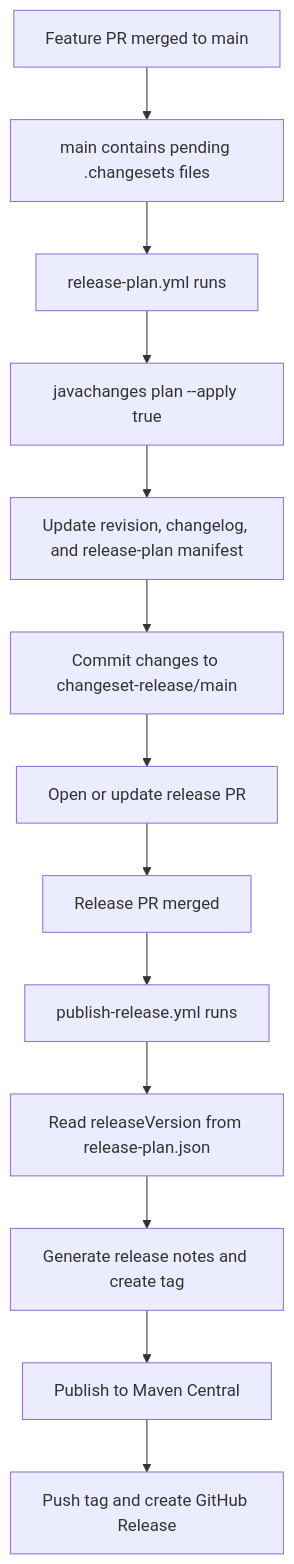
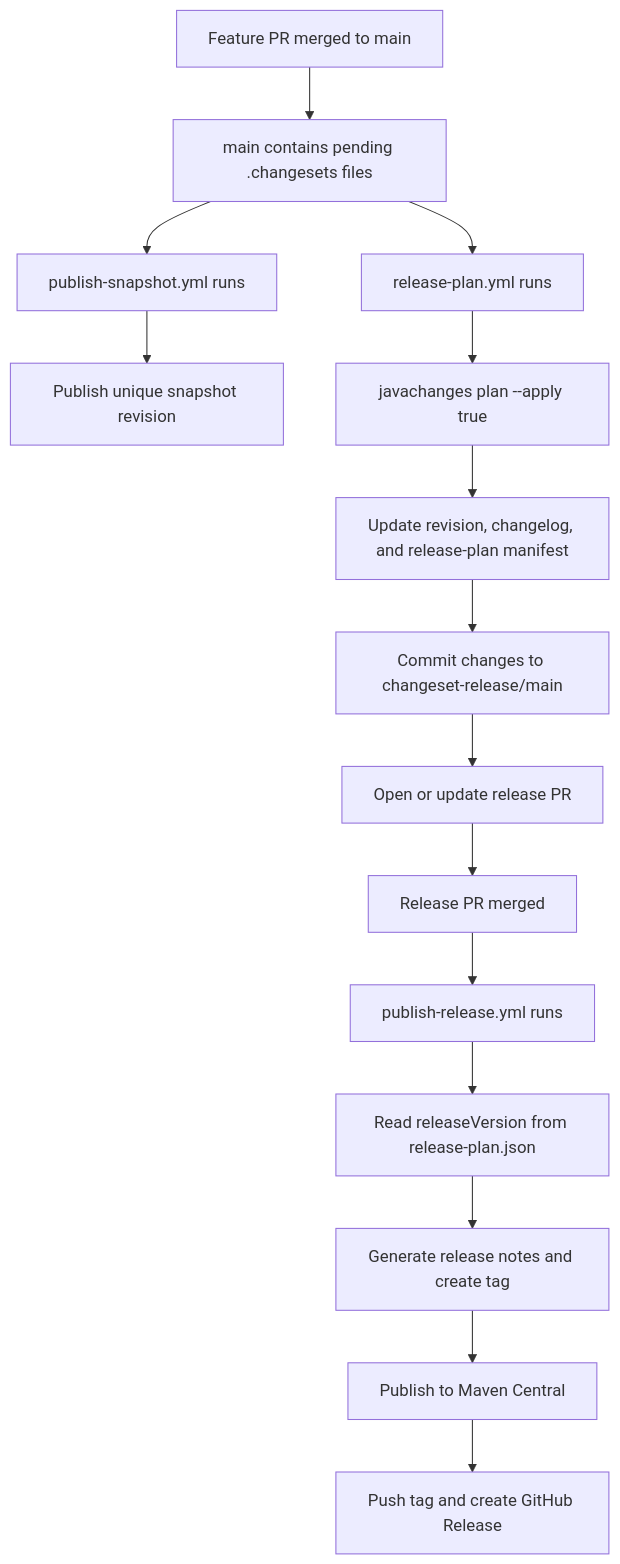
One commit to sonofmagic/javachanges changed the diagram in docs/github-actions-release.md. Above: the diagram before and after it, drawn with Mermaid. The commit also changed other lines of this file and 18 other files, not shown here.

````diff
--- a/docs/github-actions-release.md
+++ b/docs/github-actions-release.md
@@ -20,15 +21,17 @@
 ```mermaid
 flowchart TD
   A[Feature PR merged to main] --> B[main contains pending .changesets files]
   B --> C[release-plan.yml runs]
+  B --> S[publish-snapshot.yml runs]
+  S --> T[Publish unique snapshot revision]
   C --> D[javachanges plan --apply true]
   D --> E[Update revision, changelog, and release-plan manifest]
   E --> F[Commit changes to changeset-release/main]
   F --> G[Open or update release PR]
   G --> H[Release PR merged]
   H --> I[publish-release.yml runs]
   I --> J[Read releaseVersion from release-plan.json]
   J --> K[Generate release notes and create tag]
   K --> L[Publish to Maven Central]
   L --> M[Push tag and create GitHub Release]
 ```
````
